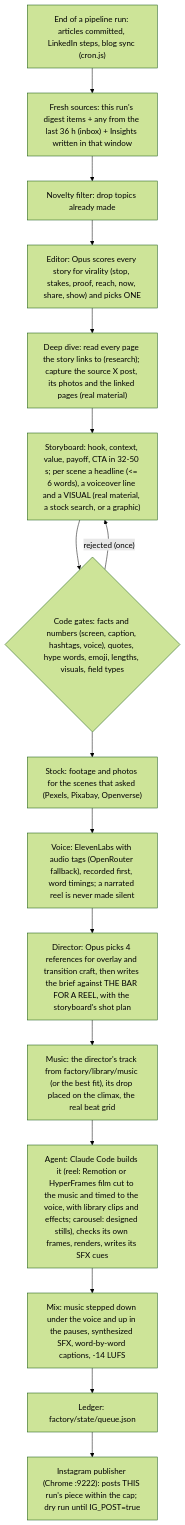
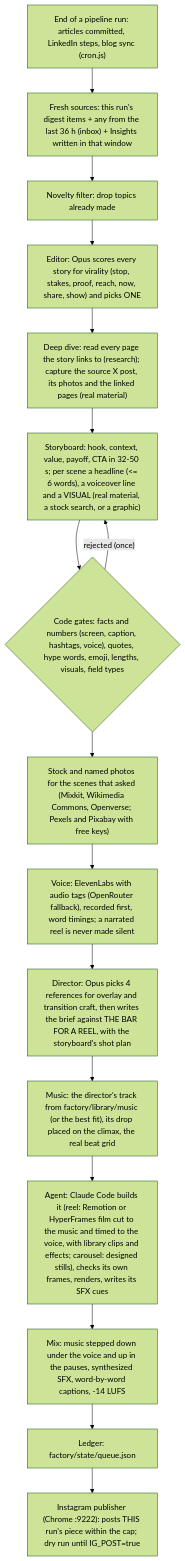
The diagram in docs/CONTENT_FACTORY.md (Drix10/ai-resources-pipeline), drawn with Mermaid (forest theme) before and after one commit. The commit also changed other lines of this file and 1 other file, not shown here.

````diff
--- a/docs/CONTENT_FACTORY.md
+++ b/docs/CONTENT_FACTORY.md
@@ -7,18 +7,18 @@
 ```mermaid
 flowchart TD
     A["End of a pipeline run: articles committed, LinkedIn steps, blog sync (cron.js)"] --> B["Fresh sources: this run's digest items + any from the last 36 h (inbox) + Insights written in that window"]
     B --> C["Novelty filter: drop topics already made"]
     C --> P["Editor: Opus scores every story for virality (stop, stakes, proof, reach, now, share, show) and picks ONE"]
     P --> R["Deep dive: read every page the story links to (research); capture the source X post, its photos and the linked pages (real material)"]
     R --> D["Storyboard: hook, context, value, payoff, CTA in 32-50 s; per scene a headline (<= 6 words), a voiceover line and a VISUAL (real material, a stock search, or a graphic)"]
     D --> E{"Code gates: facts and numbers (screen, caption, hashtags, voice), quotes, hype words, emoji, lengths, visuals, field types"}
     E -- "rejected (once)" --> D
-    E --> T["Stock: footage and photos for the scenes that asked (Pexels, Pixabay, Openverse)"]
+    E --> T["Stock and named photos for the scenes that asked (Mixkit, Wikimedia Commons, Openverse; Pexels and Pixabay with free keys)"]
     T --> V["Voice: ElevenLabs with audio tags (OpenRouter fallback), recorded first, word timings; a narrated reel is never made silent"]
     V --> S["Director: Opus picks 4 references for overlay and transition craft, then writes the brief against THE BAR FOR A REEL, with the storyboard's shot plan"]
     S --> U["Music: the director's track from factory/library/music (or the best fit), its drop placed on the climax, the real beat grid"]
     U --> H["Agent: Claude Code builds it (reel: Remotion or HyperFrames film cut to the music and timed to the voice, with library clips and effects; carousel: designed stills), checks its own frames, renders, writes its SFX cues"]
     H --> M["Mix: music stepped down under the voice and up in the pauses, synthesized SFX, word-by-word captions, -14 LUFS"]
     M --> K["Ledger: factory/state/queue.json"]
     K --> L["Instagram publisher (Chrome :9222): posts THIS run's piece within the cap; dry run until IG_POST=true"]
 ```
````
